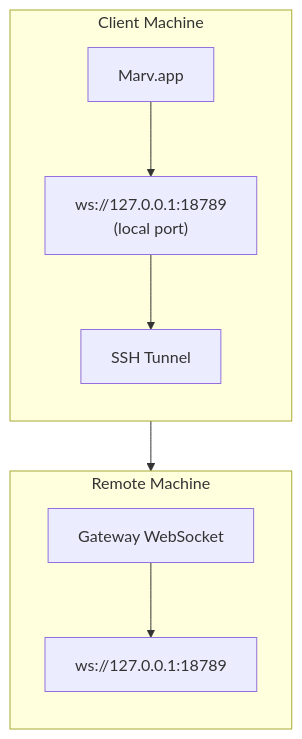
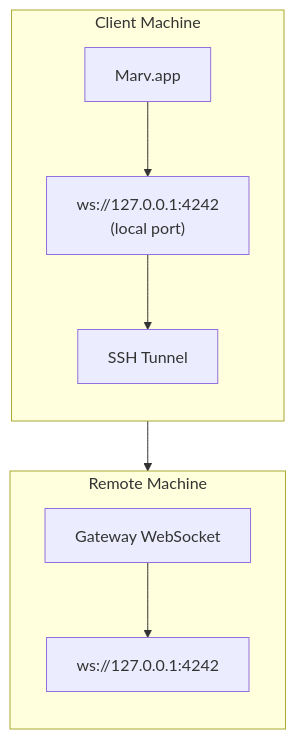
One commit to daisyluvr42/Marv changed the diagram in docs/gateway/remote-gateway-readme.md. Above: the diagram before and after it, drawn with Mermaid. The commit also changed other lines of this file and 250 other files, not shown here.

````diff
--- a/docs/gateway/remote-gateway-readme.md
+++ b/docs/gateway/remote-gateway-readme.md
@@ -13,20 +13,20 @@
 ```mermaid
 flowchart TB
     subgraph Client["Client Machine"]
         direction TB
         A["Marv.app"]
-        B["ws://127.0.0.1:18789\n(local port)"]
+        B["ws://127.0.0.1:4242\n(local port)"]
         T["SSH Tunnel"]
 
         A --> B
         B --> T
     end
     subgraph Remote["Remote Machine"]
         direction TB
         C["Gateway WebSocket"]
-        D["ws://127.0.0.1:18789"]
+        D["ws://127.0.0.1:4242"]
 
         C --> D
     end
     T --> C
 ```
````
